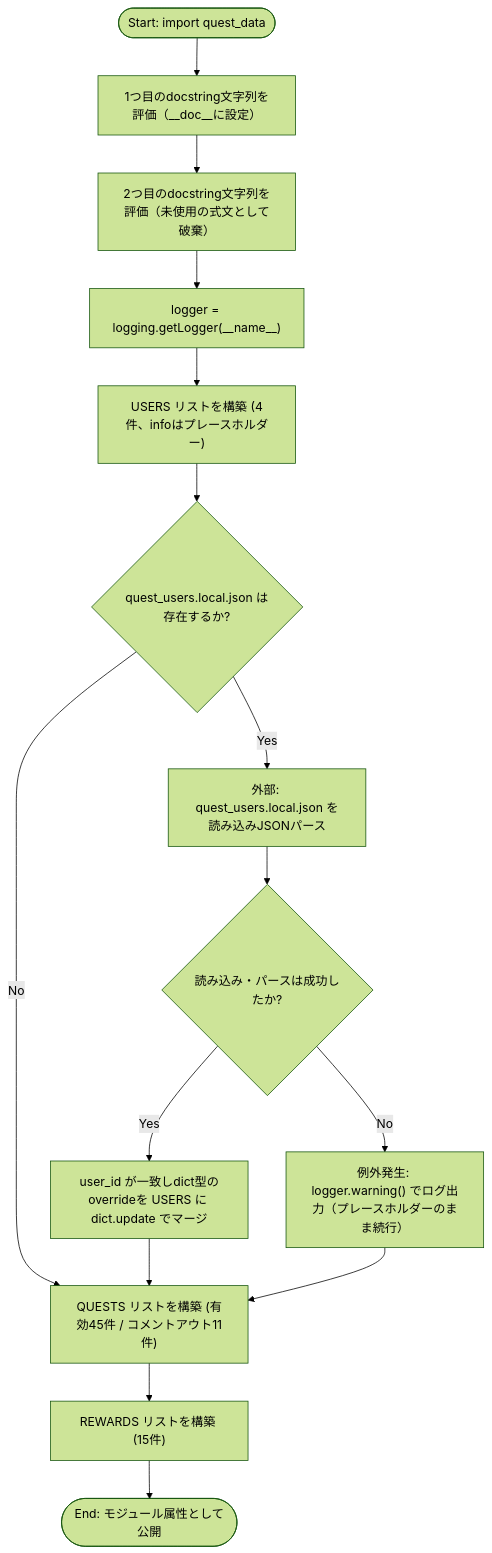
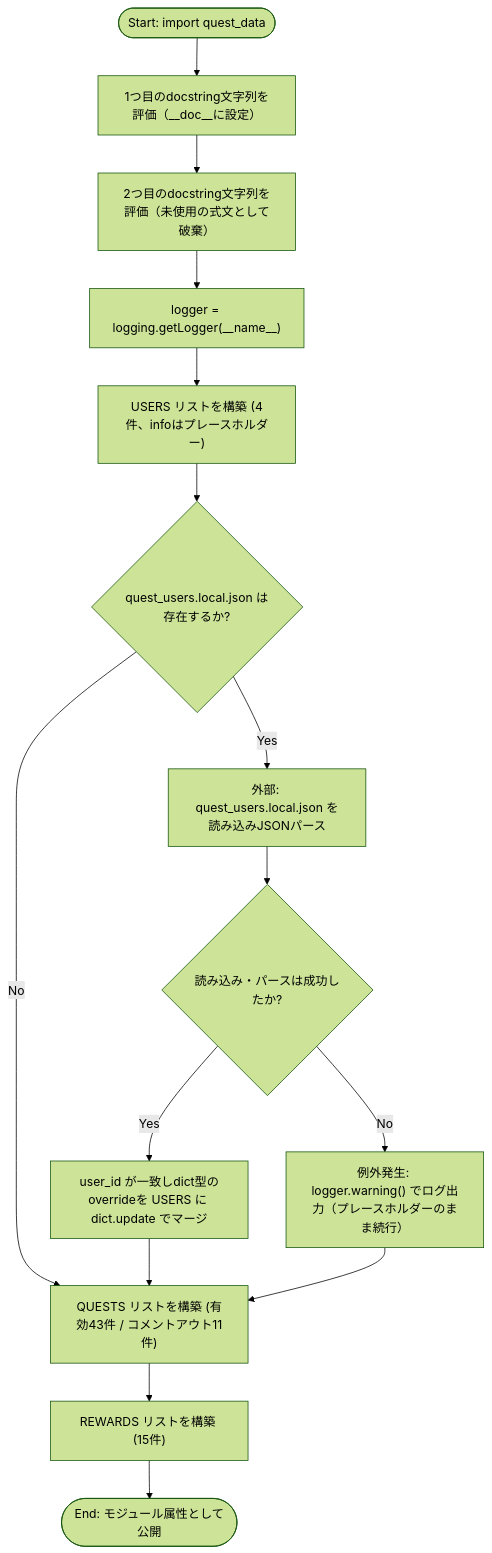
The first of 2 diagrams in docs/specifications/MY_HOME_SYSTEM/quest_data.md (mmtigers/my_python_project), drawn with Mermaid (forest theme) before and after one commit. The commit also changed other lines of this file and 1 other file, not shown here.

````diff
--- a/docs/specifications/MY_HOME_SYSTEM/quest_data.md
+++ b/docs/specifications/MY_HOME_SYSTEM/quest_data.md
@@ -197,17 +198,17 @@
 ```mermaid
 flowchart TD
     Start(["Start: import quest_data"]) --> Doc1["1つ目のdocstring文字列を評価（__doc__に設定）"]
     Doc1 --> Doc2["2つ目のdocstring文字列を評価（未使用の式文として破棄）"]
     Doc2 --> InitLogger["logger = logging.getLogger(__name__)"]
     InitLogger --> BuildUsers["USERS リストを構築 (4件、infoはプレースホルダー)"]
     BuildUsers --> CheckLocal{"quest_users.local.json は存在するか?"}
-    CheckLocal -- No --> BuildQuests["QUESTS リストを構築 (有効45件 / コメントアウト11件)"]
+    CheckLocal -- No --> BuildQuests["QUESTS リストを構築 (有効43件 / コメントアウト11件)"]
     CheckLocal -- Yes --> LoadLocal["外部: quest_users.local.json を読み込みJSONパース"]
     LoadLocal --> MergeCheck{"読み込み・パースは成功したか?"}
     MergeCheck -- Yes --> MergeUsers["user_id が一致しdict型のoverrideを USERS に dict.update でマージ"]
     MergeCheck -- No --> LogWarn["例外発生: logger.warning() でログ出力（プレースホルダーのまま続行）"]
     MergeUsers --> BuildQuests
     LogWarn --> BuildQuests
     BuildQuests --> BuildRewards["REWARDS リストを構築 (15件)"]
     BuildRewards --> End(["End: モジュール属性として公開"])
 ```
````
